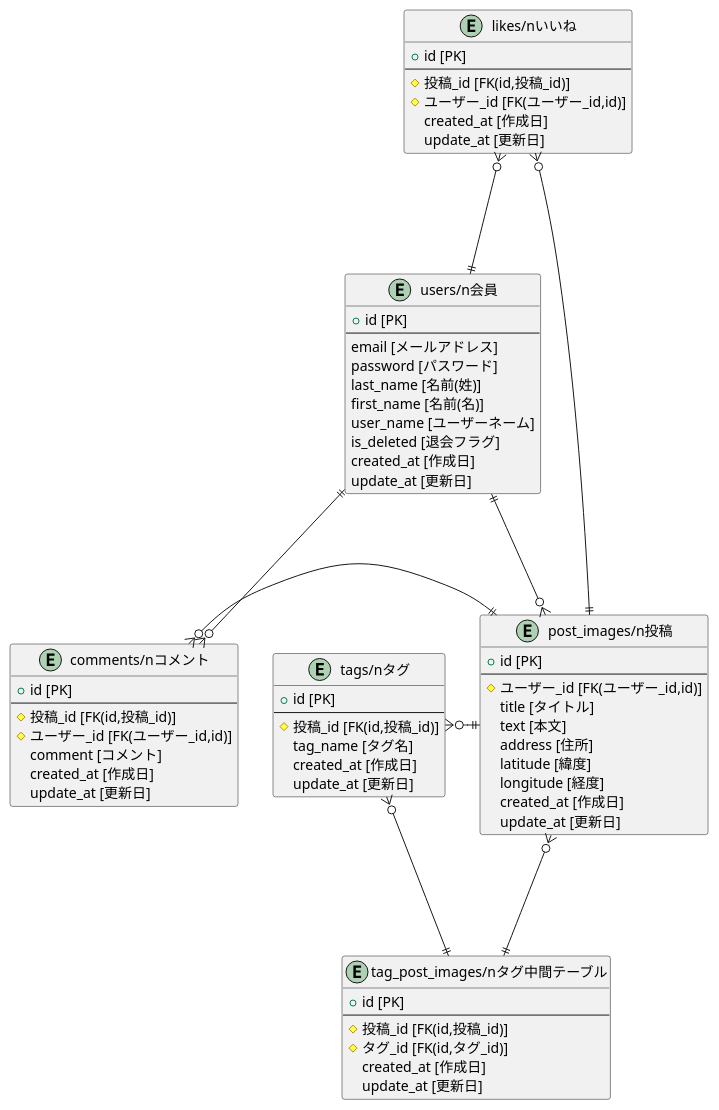
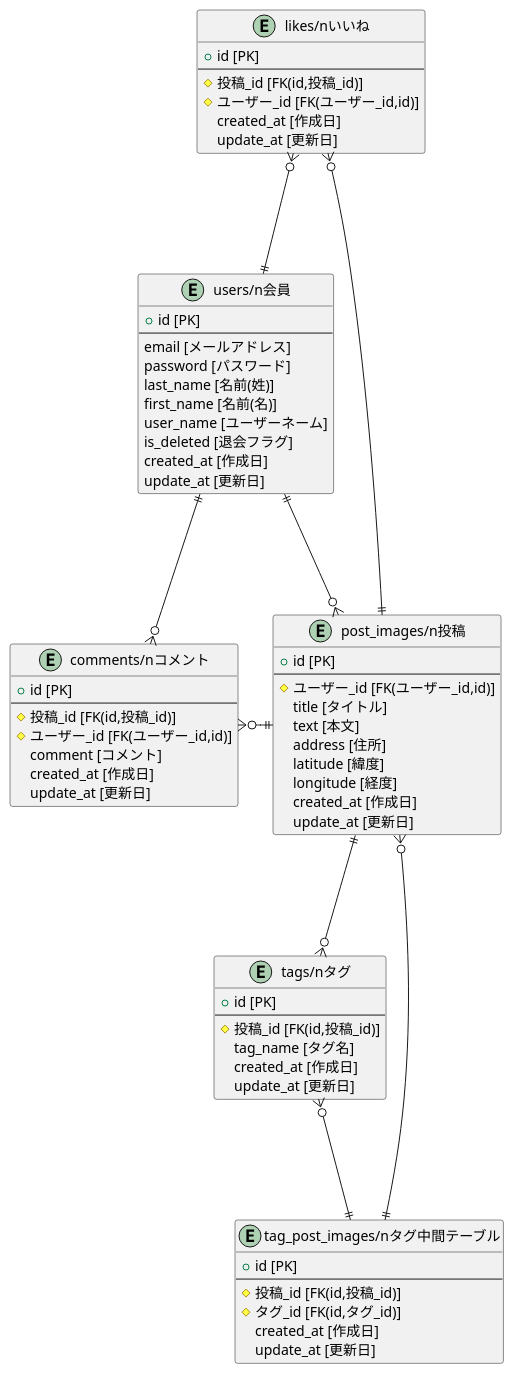
Before and after one commit to herojejung/Ours: the diagram in README.md, drawn with PlantUML.

Commit message:
[update]ER図

````diff
--- a/README.md
+++ b/README.md
@@ -46,69 +46,69 @@
 ```puml
 @startuml
 entity users as "users/n会員" {
   + id [PK]
   --
 email [メールアドレス]
 password [パスワード]
 last_name [名前(姓)]
 first_name [名前(名)]
 user_name [ユーザーネーム]
 is_deleted [退会フラグ]
 created_at [作成日]
 update_at [更新日]
 }
 entity post_images as "post_images/n投稿" {
   + id [PK]
   --
 # ユーザー_id [FK(ユーザー_id,id)]
 title [タイトル]
 text [本文]
 address [住所]
 latitude [緯度]
 longitude [経度]
 created_at [作成日]
 update_at [更新日]
 }
 entity tags as "tags/nタグ" {
   + id [PK]
   --
 # 投稿_id [FK(id,投稿_id)]
 tag_name [タグ名]
 created_at [作成日]
 update_at [更新日]
 }
 entity tag_post_images as "tag_post_images/nタグ中間テーブル" {
   + id [PK]
   --
 # 投稿_id [FK(id,投稿_id)]
 # タグ_id [FK(id,タグ_id)]
 created_at [作成日]
 update_at [更新日]
 }
 entity comments as "comments/nコメント" {
   + id [PK]
   --
 # 投稿_id [FK(id,投稿_id)]
 # ユーザー_id [FK(ユーザー_id,id)]
 comment [コメント]
 created_at [作成日]
 update_at [更新日]
 }
 entity likes as "likes/nいいね" {
   + id [PK]
   --
 # 投稿_id [FK(id,投稿_id)]
 # ユーザー_id [FK(ユーザー_id,id)]
 created_at [作成日]
 update_at [更新日]
 }
 tag_post_images ||-u--o{ post_images
 tag_post_images ||-u--o{ tags
-post_images ||-l--o{ tags
+post_images ||-d--o{ tags
 post_images ||-l--o{ comments
 post_images ||-d--o{ likes
-users ||-u--o{ post_images
+users ||-l--o{ post_images
 users ||-d--o{ comments
 users ||-u--o{ likes
 @enduml
 ```
````
